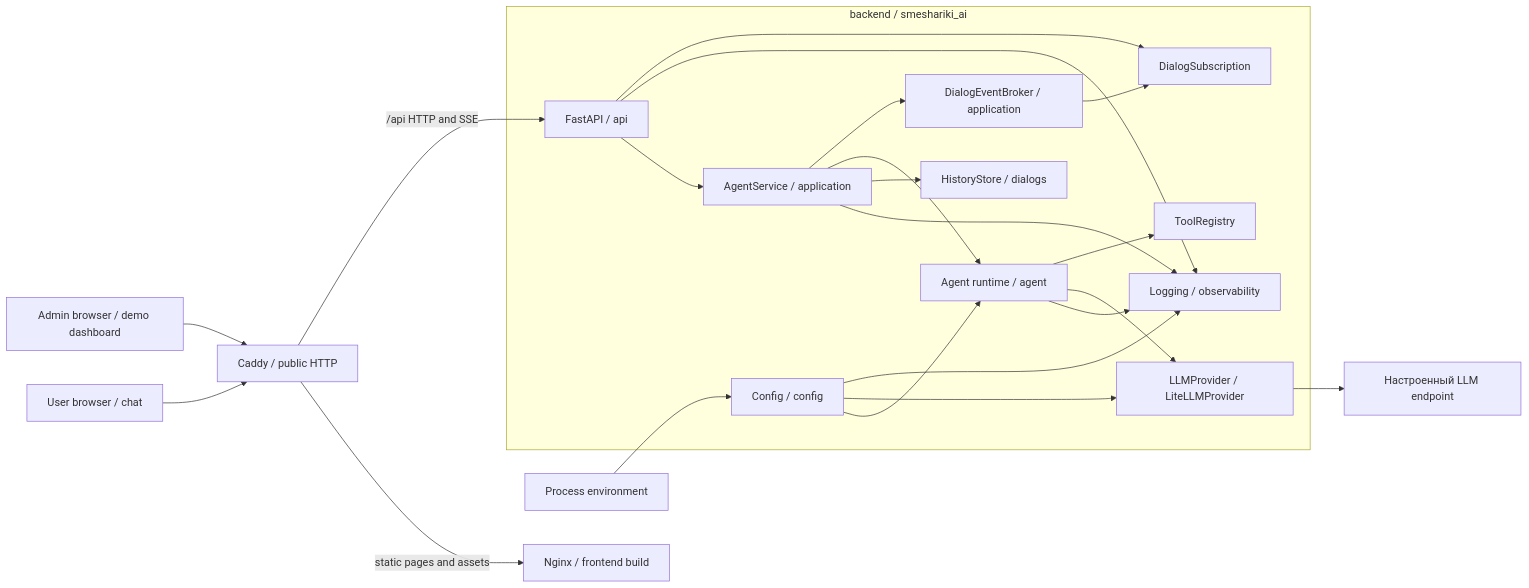
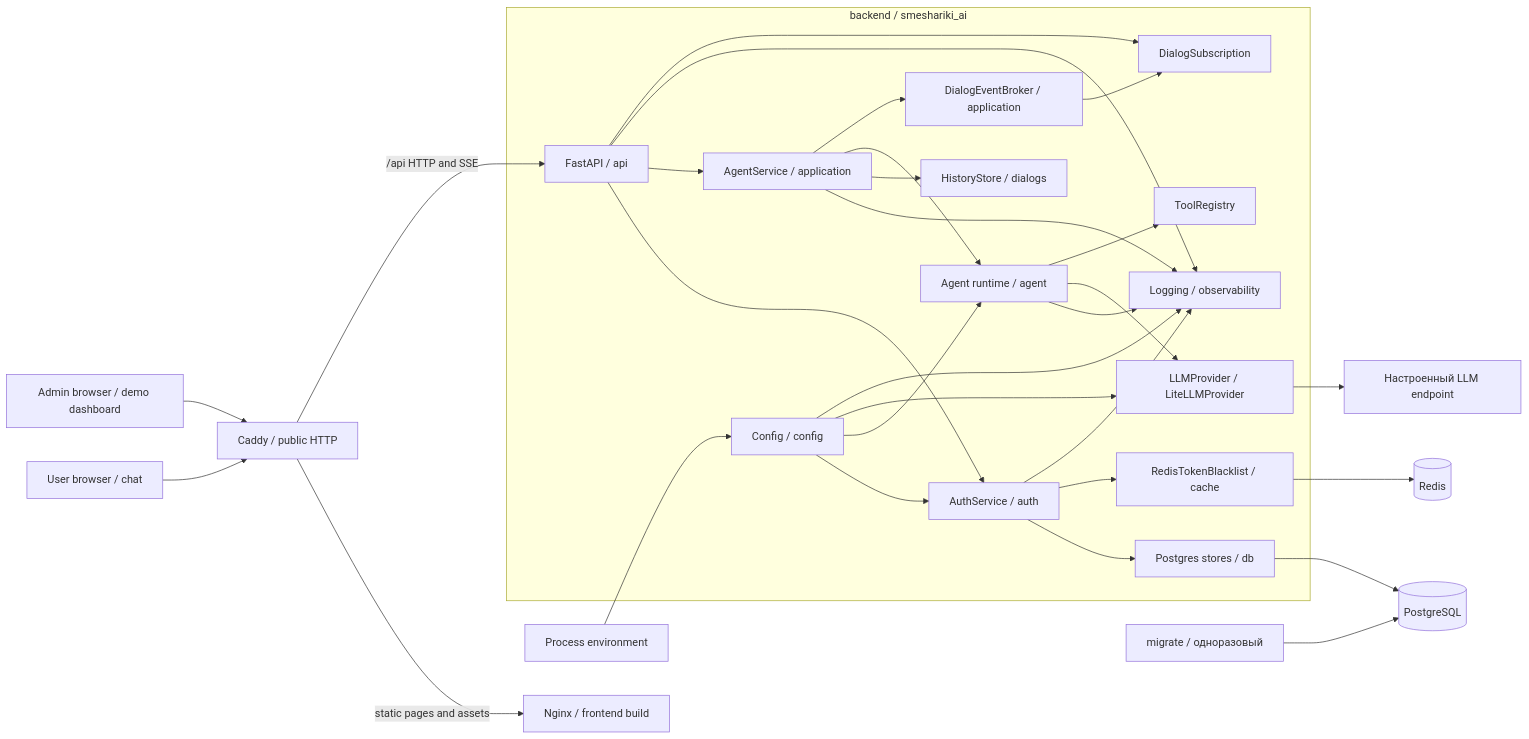
The diagram in docs/README.md (Nisakoo/BMSTU-NIRS), drawn with Mermaid before and after one commit. The commit also changed other lines of this file and 49 other files, not shown here.

First line of the commit message:
feat(backend): add JWT authentication with PostgreSQL and Redis

````diff
--- a/docs/README.md
+++ b/docs/README.md
@@ -42,46 +46,61 @@
 ```mermaid
 flowchart LR
     UserBrowser[User browser / chat]
     AdminBrowser[Admin browser / demo dashboard]
 
     Caddy[Caddy / public HTTP]
     Nginx[Nginx / frontend build]
 
     subgraph Backend[backend / smeshariki_ai]
         Config[Config / config]
         Logging[Logging / observability]
         API[FastAPI / api]
         Service[AgentService / application]
         Broker[DialogEventBroker / application]
         Subscription[DialogSubscription]
         History[HistoryStore / dialogs]
         Agent[Agent runtime / agent]
         LLM[LLMProvider / LiteLLMProvider]
         Tools[ToolRegistry]
+        Auth[AuthService / auth]
+        DbStores[Postgres stores / db]
+        Blacklist[RedisTokenBlacklist / cache]
+
+        API --> Auth
+        Config --> Auth
+        Auth --> DbStores
+        Auth --> Blacklist
+        Auth --> Logging
 
         API --> Service
         Config --> Agent
         Config --> LLM
         Config --> Logging
         API --> Logging
         Service --> Logging
         Agent --> Logging
         Service --> History
         Service --> Agent
         Service --> Broker
         Broker --> Subscription
         API --> Subscription
         Agent --> LLM
         Agent --> Tools
     end
 
     Model[Настроенный LLM endpoint]
+    Postgres[(PostgreSQL)]
+    Redis[(Redis)]
+    Migrate[migrate / одноразовый]
     Environment[Process environment]
 
     UserBrowser --> Caddy
     AdminBrowser --> Caddy
     Caddy -->|static pages and assets| Nginx
     Caddy -->|/api HTTP and SSE| API
     Environment --> Config
     LLM --> Model
+    DbStores --> Postgres
+    Blacklist --> Redis
+    Migrate --> Postgres
 ```
````
